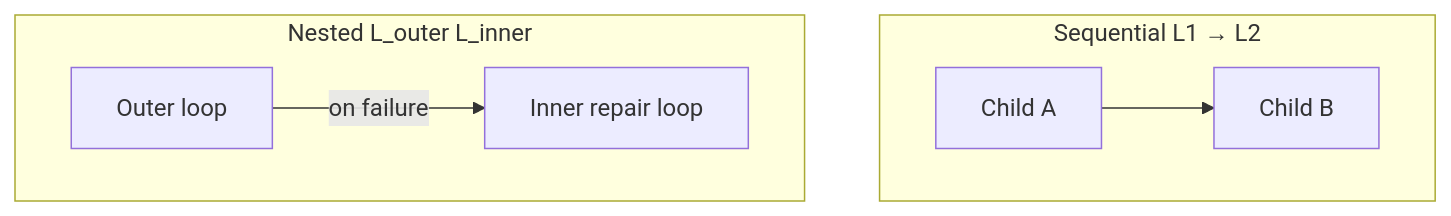
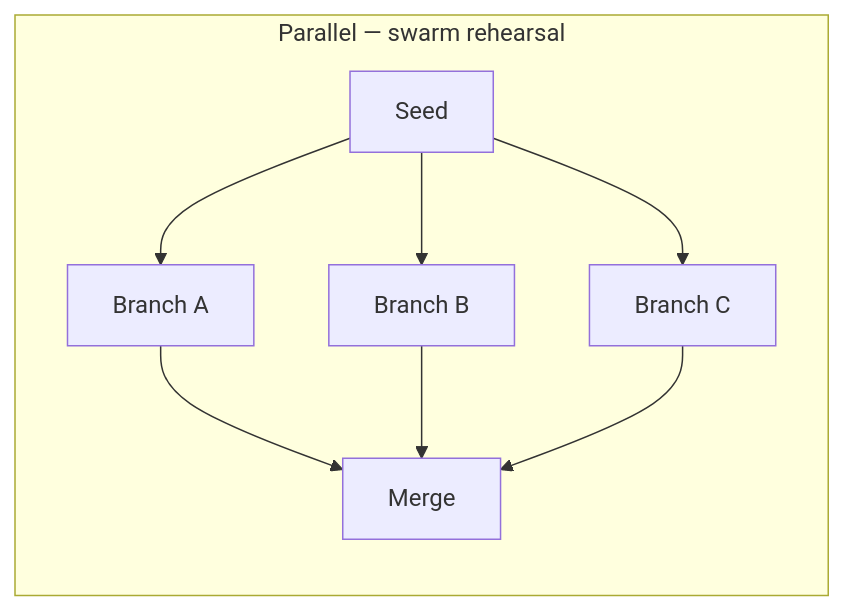
The diagram in loop-library/compositions/README.md (KanakMalpani/Loop-Engineering), drawn with Mermaid before and after one commit. The commit also changed other lines of this file and 10 other files, not shown here.

Commit message:
Add parallel scenario-swarm-rehearsal composition (MiroFish-inspired merge)

````diff
--- a/loop-library/compositions/README.md
+++ b/loop-library/compositions/README.md
@@ -16,9 +17,11 @@
 ```mermaid
-flowchart TB
-  subgraph seq [Sequential L1 → L2]
-    A[Child A] --> B[Child B]
-  end
-  subgraph nest [Nested L_outer L_inner]
-    O[Outer loop] -->|on failure| I[Inner repair loop]
+flowchart LR
+  subgraph par [Parallel — swarm rehearsal]
+    S[Seed] --> B1[Branch A]
+    S --> B2[Branch B]
+    S --> B3[Branch C]
+    B1 --> M[Merge]
+    B2 --> M
+    B3 --> M
   end
 ```
````
